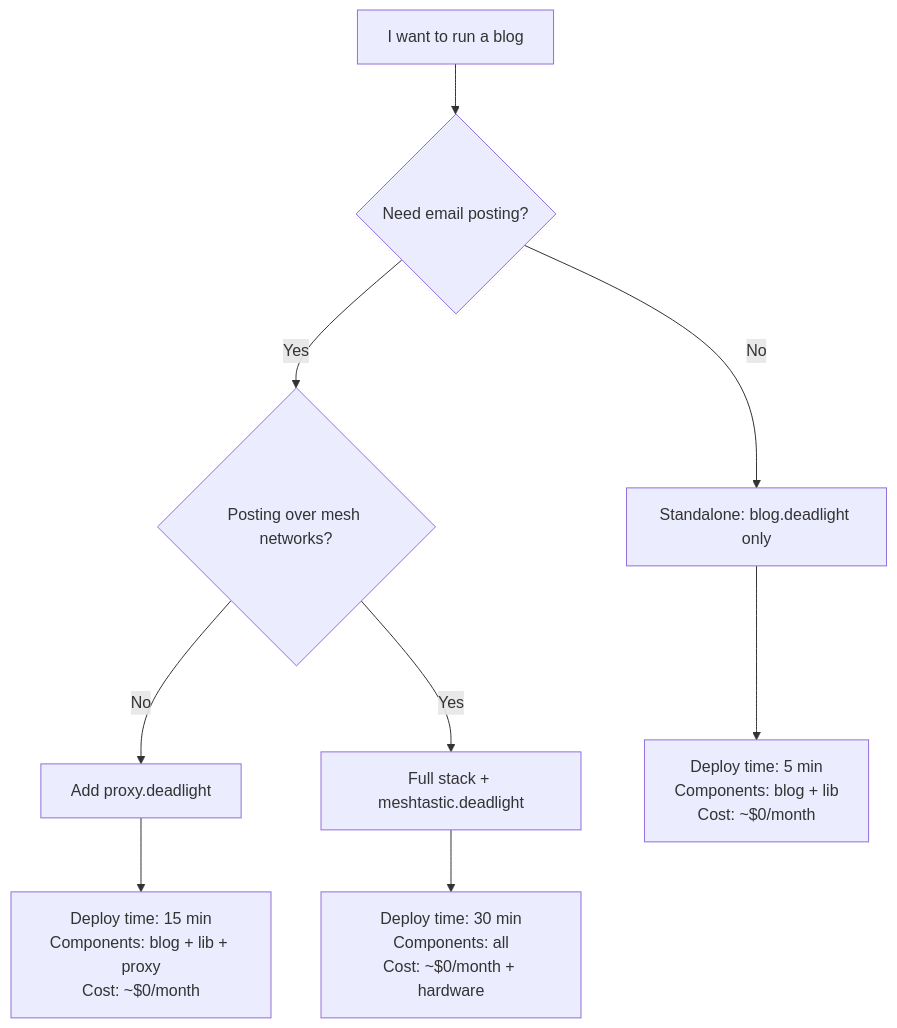
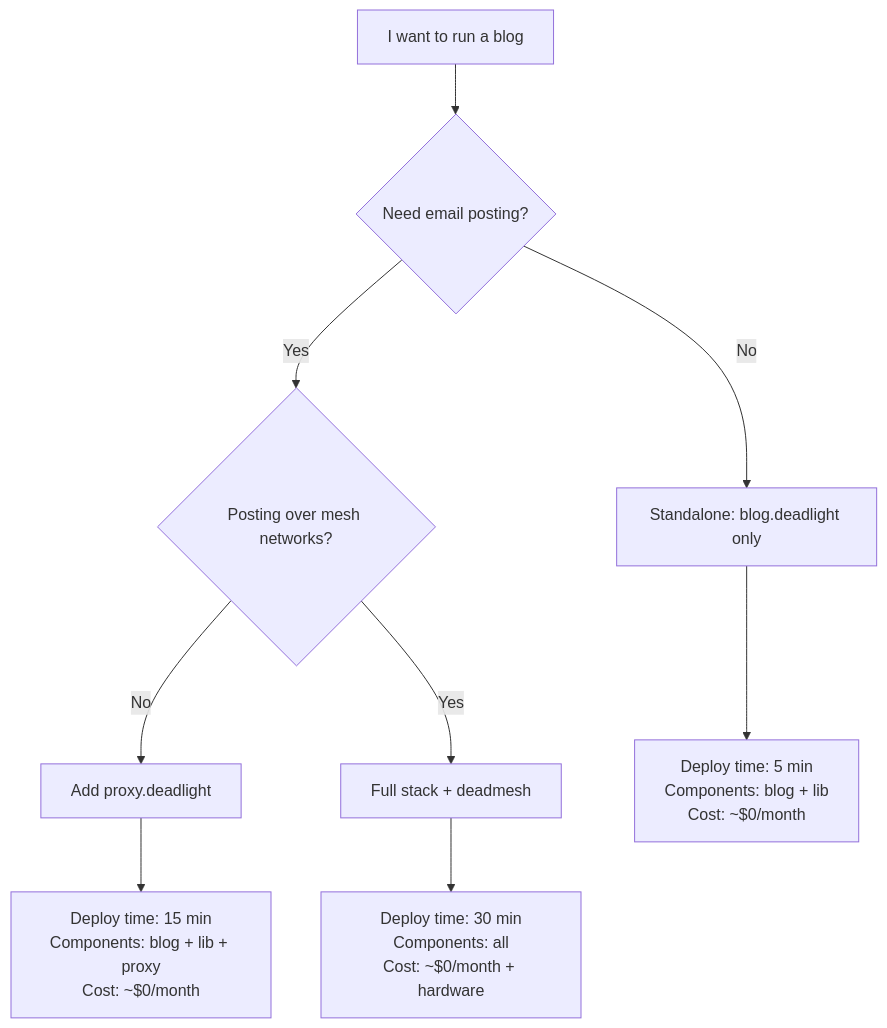
Before and after one commit to gnarzilla/blog.deadlight: the diagram in docs/QUICKSTART.md, drawn with Mermaid.

````diff
--- a/docs/QUICKSTART.md
+++ b/docs/QUICKSTART.md
@@ -6,12 +6,12 @@
 ```mermaid
 graph TD
     A[I want to run a blog] --> B{Need email posting?}
     B -->|No| C[Standalone: blog.deadlight only]
     B -->|Yes| D{Posting over mesh networks?}
     D -->|No| E[Add proxy.deadlight]
-    D -->|Yes| F[Full stack + meshtastic.deadlight]
+    D -->|Yes| F[Full stack + deadmesh]
     
     C --> G[Deploy time: 5 min<br/>Components: blog + lib<br/>Cost: ~$0/month]
     E --> H[Deploy time: 15 min<br/>Components: blog + lib + proxy<br/>Cost: ~$0/month]
     F --> I[Deploy time: 30 min<br/>Components: all<br/>Cost: ~$0/month + hardware]
 ```
````
